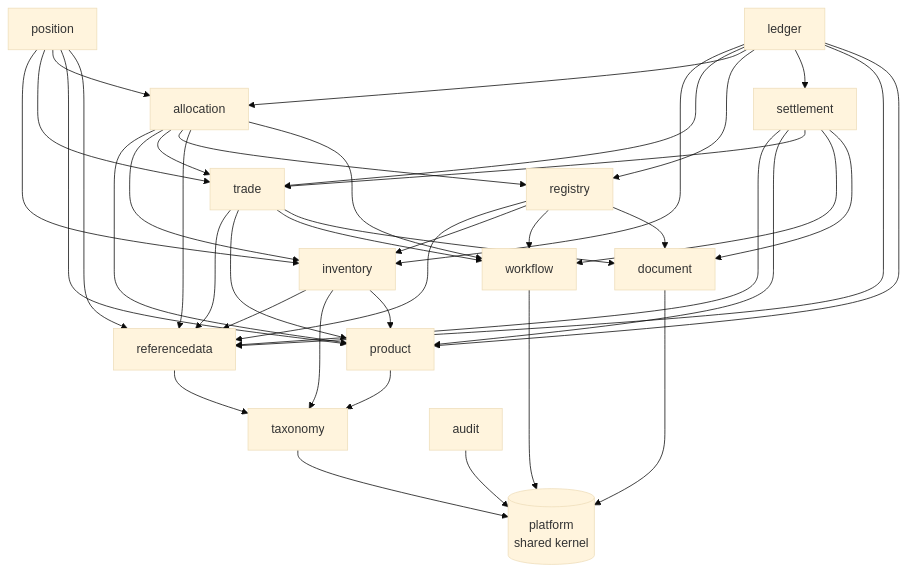
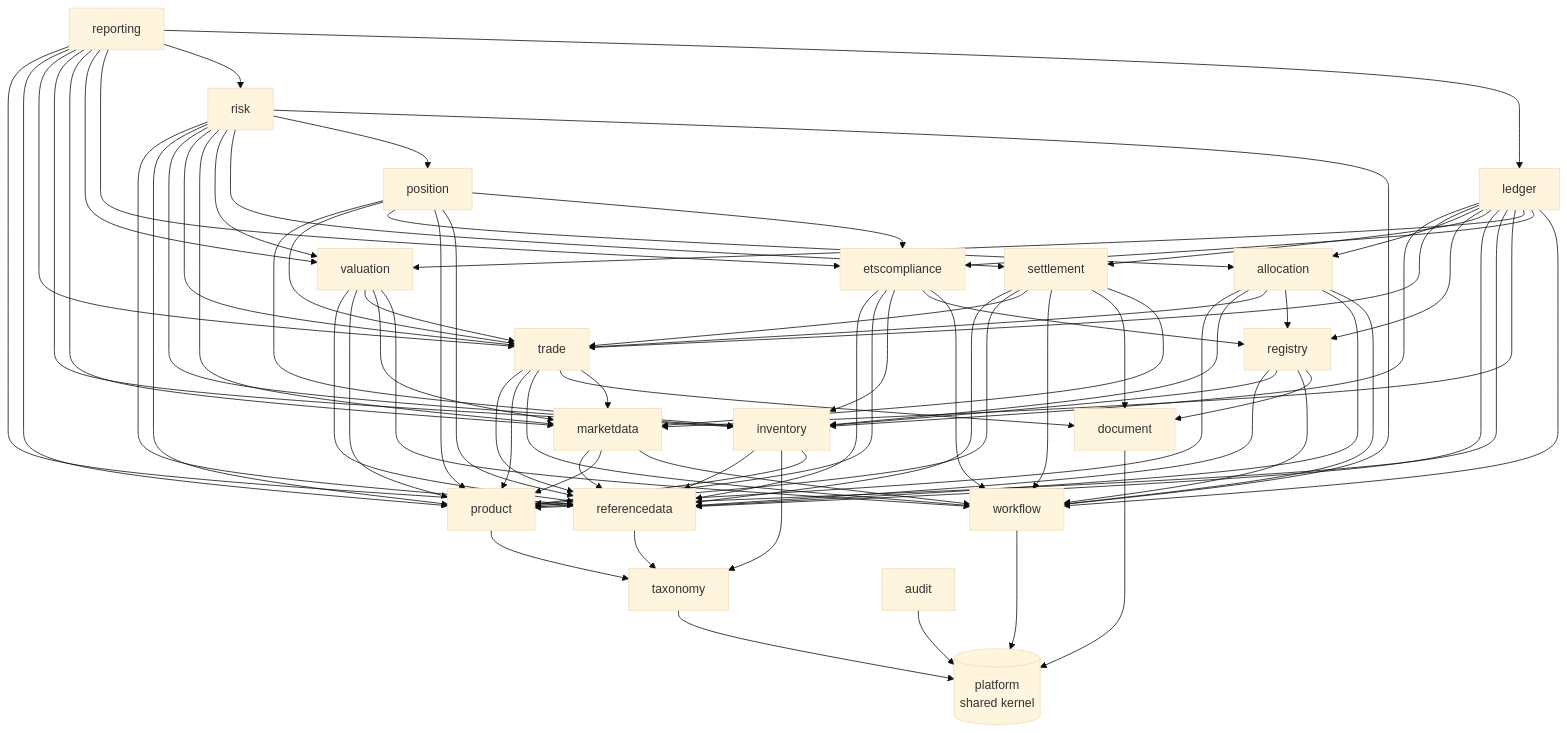
The diagram in docs/arc42/05-building-block-view.md (Pianonurmi/goo-ets-etrm), drawn with Mermaid (base theme) before and after one commit. The commit also changed other lines of this file and 10 other files, not shown here.

````diff
--- a/docs/arc42/05-building-block-view.md
+++ b/docs/arc42/05-building-block-view.md
@@ -5,17 +5,22 @@
 ```mermaid
 flowchart TB
   platform[(platform<br/>shared kernel)]
   taxonomy --> platform
   referencedata --> taxonomy
   product --> taxonomy
-  trade --> referencedata & product & workflow & document
+  marketdata --> referencedata & product & workflow
+  trade --> referencedata & product & workflow & document & marketdata
   inventory --> referencedata & taxonomy & product
   registry --> referencedata & inventory & workflow & document
   allocation --> product & inventory & trade & registry & referencedata & workflow
-  position --> inventory & trade & allocation & product & referencedata
-  settlement --> referencedata & product & trade & workflow & document
-  ledger --> inventory & trade & allocation & registry & settlement & referencedata & product
+  position --> inventory & trade & allocation & product & referencedata & etscompliance
+  settlement --> referencedata & product & trade & workflow & document & marketdata
+  valuation --> referencedata & product & trade & marketdata & workflow
+  etscompliance --> referencedata & product & inventory & registry & workflow
+  ledger --> inventory & trade & allocation & registry & settlement & referencedata & product & marketdata & valuation & etscompliance & workflow
+  risk --> referencedata & product & inventory & trade & marketdata & valuation & settlement & position & workflow
+  reporting --> referencedata & product & trade & inventory & marketdata & valuation & etscompliance & risk & ledger
   workflow --> platform
   document --> platform
   audit --> platform
 ```
````
